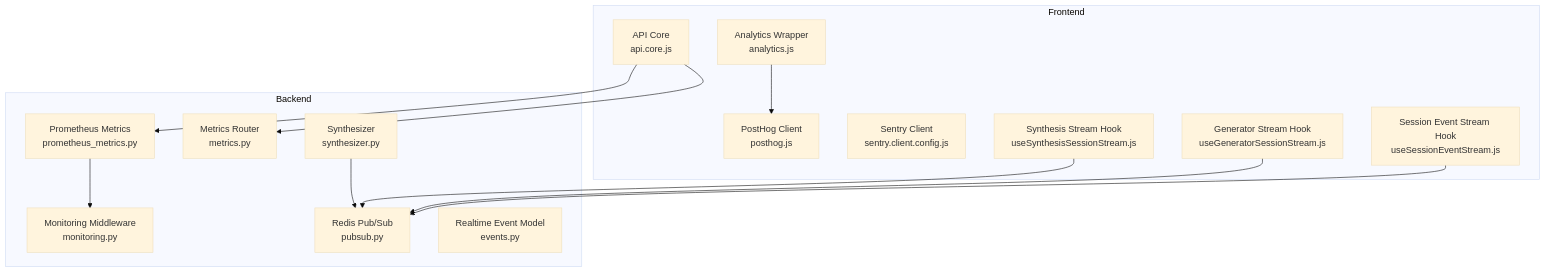
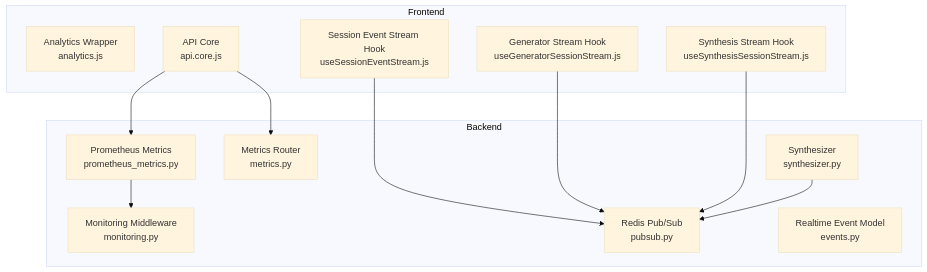
The first of 5 diagrams in .docs/content/Frontend Development/API Integration/Analytics & Performance Monitoring/Analytics & Performance Monitoring.md (rohitkumarnaidu/ScholarFormAI), drawn with Mermaid (base theme) before and after one commit. The commit also changed other lines of this file and 9 other files, not shown here.

````diff
--- a/.docs/content/Frontend Development/API Integration/Analytics & Performance Monitoring/Analytics & Performance Monitoring.md
+++ b/.docs/content/Frontend Development/API Integration/Analytics & Performance Monitoring/Analytics & Performance Monitoring.md
@@ -55,28 +50,25 @@
 ```mermaid
 graph TB
 subgraph "Frontend"
-PH["PostHog Client<br/>posthog.js"]
 AW["Analytics Wrapper<br/>analytics.js"]
-SC["Sentry Client<br/>sentry.client.config.js"]
 SSE["Session Event Stream Hook<br/>useSessionEventStream.js"]
 GSS["Generator Stream Hook<br/>useGeneratorSessionStream.js"]
 SYSS["Synthesis Stream Hook<br/>useSynthesisSessionStream.js"]
 API["API Core<br/>api.core.js"]
 end
 subgraph "Backend"
 PM["Prometheus Metrics<br/>prometheus_metrics.py"]
 MM["Monitoring Middleware<br/>monitoring.py"]
 ME["Metrics Router<br/>metrics.py"]
 PUBSUB["Redis Pub/Sub<br/>pubsub.py"]
 EVT["Realtime Event Model<br/>events.py"]
 SYNTH["Synthesizer<br/>synthesizer.py"]
 end
-AW --> PH
 API --> ME
 API --> PM
 SSE --> PUBSUB
 GSS --> PUBSUB
 SYSS --> PUBSUB
 SYNTH --> PUBSUB
 PM --> MM
 ```
````
